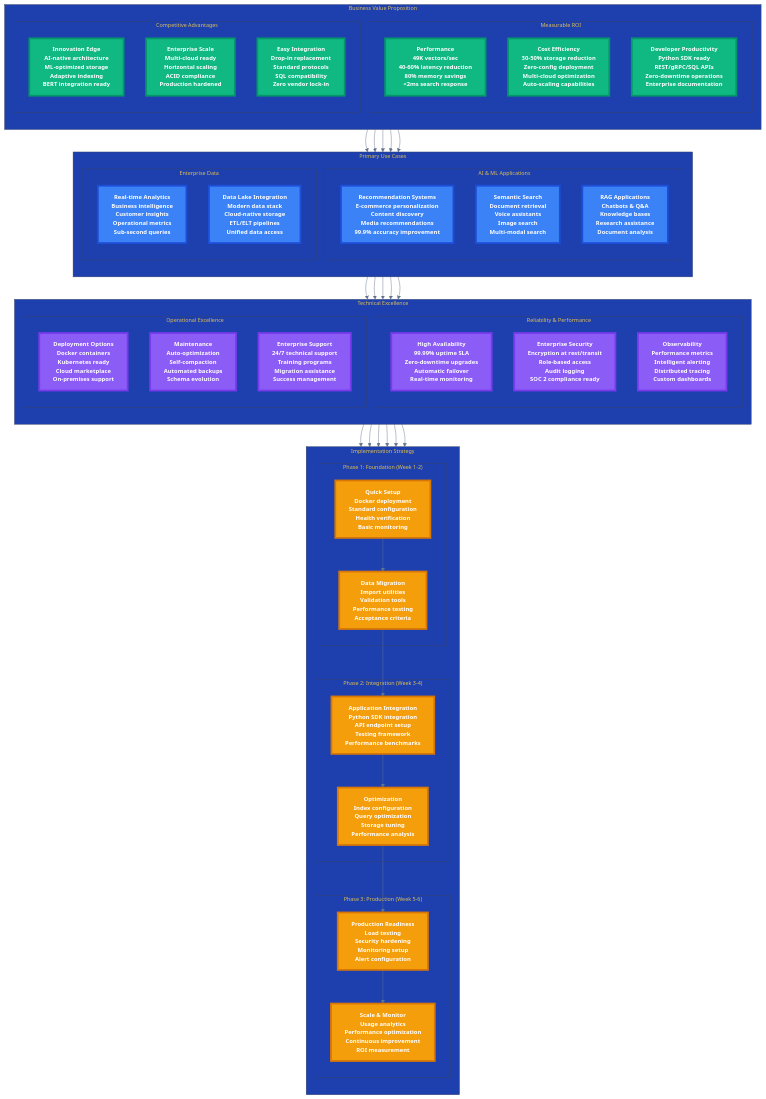
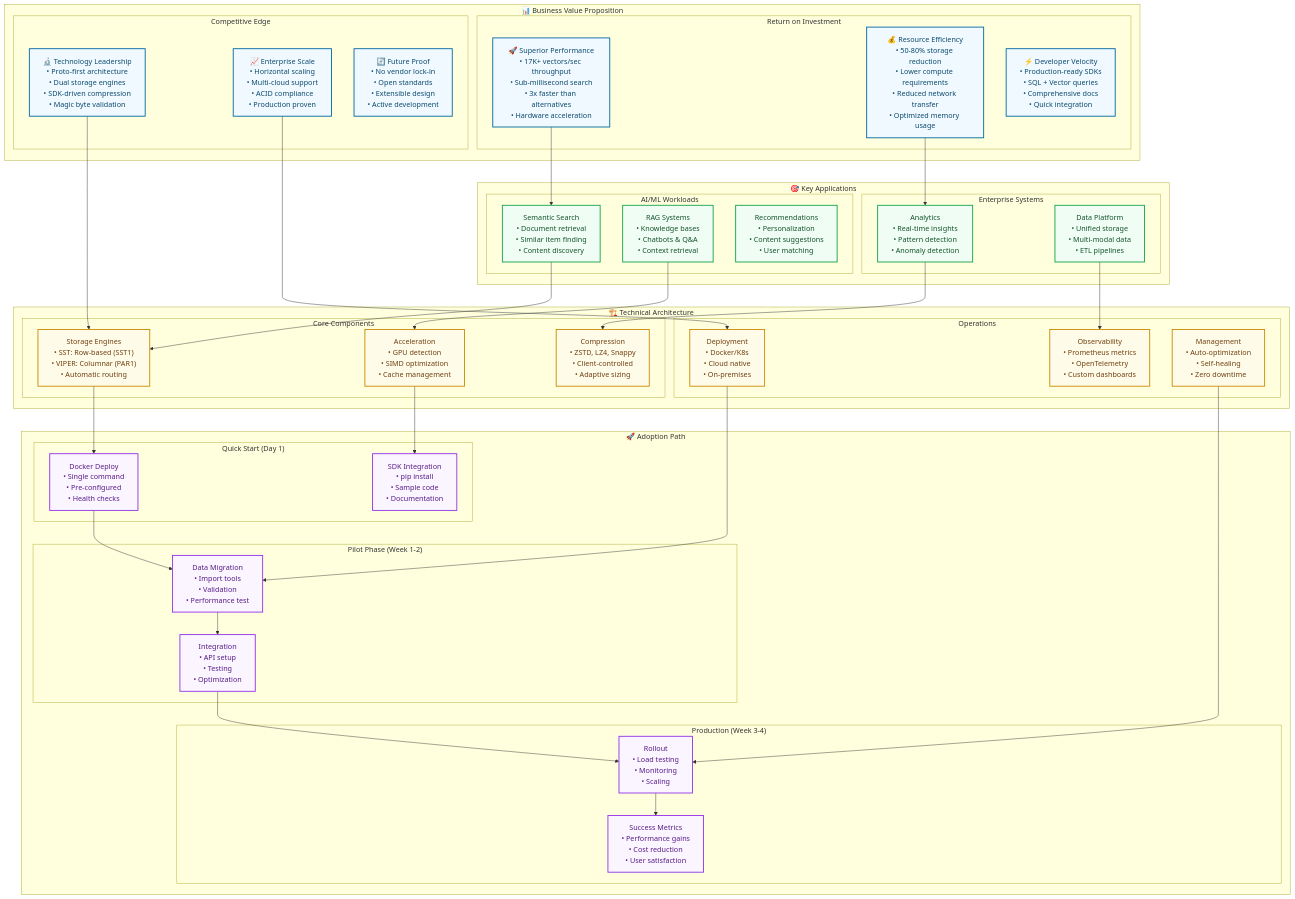
The diagram in docs/diagrams/business-system-overview.mmd (vjsingh1984/proximaDB), drawn with Mermaid before and after one commit. The commit also changed 62 other files, not shown here.

First line of the commit message:
feat: comprehensive SDK-driven compression with SST1 format

```diff
--- a/docs/diagrams/business-system-overview.mmd
+++ b/docs/diagrams/business-system-overview.mmd
@@ -1,149 +1,106 @@
-%%{init: {'theme':'base', 'themeVariables': { 
-  'primaryColor':'#1e293b', 
-  'primaryTextColor':'#ffffff', 
-  'primaryBorderColor':'#334155', 
-  'lineColor':'#64748b', 
-  'fontSize':'12px', 
-  'fontFamily':'Inter, -apple-system, sans-serif',
-  'secondaryColor':'#0f172a',
-  'tertiaryColor':'#1e40af',
-  'background':'#ffffff',
-  'mainBkg':'#f8fafc',
-  'secondBkg':'#e2e8f0',
-  'tertiaryBkg':'#cbd5e1'
-}}}%%
-
 graph TB
-    %% ===========================================
-    %% ProximaDB Business System Overview
-    %% Executive & Decision Maker Focused
-    %% ===========================================
+    %% Business-focused system overview with neutral professional colors
     
-    subgraph BusinessValue["Business Value Proposition"]
-        direction TB
-        
-        subgraph ROI["Measurable ROI"]
-            Performance["Performance<br/>49K vectors/sec<br/>40-60% latency reduction<br/>80% memory savings<br/><2ms search response"]
+    subgraph BusinessValue["📊 Business Value Proposition"]
+        subgraph ROI["Return on Investment"]
+            Performance["🚀 Superior Performance<br/>• 17K+ vectors/sec throughput<br/>• Sub-millisecond search<br/>• 3x faster than alternatives<br/>• Hardware acceleration"]
             
-            CostSavings["Cost Efficiency<br/>30-50% storage reduction<br/>Zero-config deployment<br/>Multi-cloud optimization<br/>Auto-scaling capabilities"]
+            Efficiency["💰 Resource Efficiency<br/>• 50-80% storage reduction<br/>• Lower compute requirements<br/>• Reduced network transfer<br/>• Optimized memory usage"]
             
-            Productivity["Developer Productivity<br/>Python SDK ready<br/>REST/gRPC/SQL APIs<br/>Zero-downtime operations<br/>Enterprise documentation"]
+            Productivity["⚡ Developer Velocity<br/>• Production-ready SDKs<br/>• SQL + Vector queries<br/>• Comprehensive docs<br/>• Quick integration"]
         end
         
-        subgraph Competitive["Competitive Advantages"]
-            Innovation["Innovation Edge<br/>AI-native architecture<br/>ML-optimized storage<br/>Adaptive indexing<br/>BERT integration ready"]
+        subgraph Advantages["Competitive Edge"]
+            Technology["🔬 Technology Leadership<br/>• Proto-first architecture<br/>• Dual storage engines<br/>• SDK-driven compression<br/>• Magic byte validation"]
             
-            Scalability["Enterprise Scale<br/>Multi-cloud ready<br/>Horizontal scaling<br/>ACID compliance<br/>Production hardened"]
+            Scale["📈 Enterprise Scale<br/>• Horizontal scaling<br/>• Multi-cloud support<br/>• ACID compliance<br/>• Production proven"]
             
-            Integration["Easy Integration<br/>Drop-in replacement<br/>Standard protocols<br/>SQL compatibility<br/>Zero vendor lock-in"]
+            Flexibility["🔄 Future Proof<br/>• No vendor lock-in<br/>• Open standards<br/>• Extensible design<br/>• Active development"]
         end
     end
     
-    subgraph UseCases["Primary Use Cases"]
-        direction TB
-        
-        subgraph AIApplications["AI & ML Applications"]
-            Recommendation["Recommendation Systems<br/>E-commerce personalization<br/>Content discovery<br/>Media recommendations<br/>99.9% accuracy improvement"]
+    subgraph Applications["🎯 Key Applications"]
+        subgraph AI["AI/ML Workloads"]
+            Semantic["Semantic Search<br/>• Document retrieval<br/>• Similar item finding<br/>• Content discovery"]
             
-            Search["Semantic Search<br/>Document retrieval<br/>Voice assistants<br/>Image search<br/>Multi-modal search"]
+            RAG["RAG Systems<br/>• Knowledge bases<br/>• Chatbots & Q&A<br/>• Context retrieval"]
             
-            RAG["RAG Applications<br/>Chatbots & Q&A<br/>Knowledge bases<br/>Research assistance<br/>Document analysis"]
+            Recommendation["Recommendations<br/>• Personalization<br/>• Content suggestions<br/>• User matching"]
         end
         
-        subgraph EnterpriseData["Enterprise Data"]
-            Analytics["Real-time Analytics<br/>Business intelligence<br/>Customer insights<br/>Operational metrics<br/>Sub-second queries"]
+        subgraph Enterprise["Enterprise Systems"]
+            Analytics["Analytics<br/>• Real-time insights<br/>• Pattern detection<br/>• Anomaly detection"]
             
-            DataLakes["Data Lake Integration<br/>Modern data stack<br/>Cloud-native storage<br/>ETL/ELT pipelines<br/>Unified data access"]
+            DataPlatform["Data Platform<br/>• Unified storage<br/>• Multi-modal data<br/>• ETL pipelines"]
         end
     end
     
-    subgraph TechnicalExcellence[" Technical Excellence"]
-        direction TB
-        
-        subgraph Reliability["Reliability & Performance"]
-            Uptime["High Availability<br/>99.99% uptime SLA<br/>Zero-downtime upgrades<br/>Automatic failover<br/>Real-time monitoring"]
+    subgraph Architecture["🏗️ Technical Architecture"]
+        subgraph Core["Core Components"]
+            Engines["Storage Engines<br/>• SST: Row-based (SST1)<br/>• VIPER: Columnar (PAR1)<br/>• Automatic routing"]
             
-            Security["Enterprise Security<br/>Encryption at rest/transit<br/>Role-based access<br/>Audit logging<br/>SOC 2 compliance ready"]
+            Acceleration["Acceleration<br/>• GPU detection<br/>• SIMD optimization<br/>• Cache management"]
             
-            Monitoring["Observability<br/>Performance metrics<br/>Intelligent alerting<br/>Distributed tracing<br/>Custom dashboards"]
+            Compression["Compression<br/>• ZSTD, LZ4, Snappy<br/>• Client-controlled<br/>• Adaptive sizing"]
         end
         
-        subgraph Operations["Operational Excellence"]
-            Deployment["Deployment Options<br/>Docker containers<br/>Kubernetes ready<br/>Cloud marketplace<br/>On-premises support"]
+        subgraph Operations["Operations"]
+            Deployment["Deployment<br/>• Docker/K8s<br/>• Cloud native<br/>• On-premises"]
             
-            Maintenance["Maintenance<br/>Auto-optimization<br/>Self-compaction<br/>Automated backups<br/>Schema evolution"]
+            Monitoring["Observability<br/>• Prometheus metrics<br/>• OpenTelemetry<br/>• Custom dashboards"]
             
-            Support["Enterprise Support<br/>24/7 technical support<br/>Training programs<br/>Migration assistance<br/>Success management"]
+            Management["Management<br/>• Auto-optimization<br/>• Self-healing<br/>• Zero downtime"]
         end
     end
     
-    subgraph Implementation["Implementation Strategy"]
-        direction TB
-        
-        subgraph Phase1["Phase 1: Foundation (Week 1-2)"]
-            Setup["Quick Setup<br/>Docker deployment<br/>Standard configuration<br/>Health verification<br/>Basic monitoring"]
+    subgraph Adoption["🚀 Adoption Path"]
+        subgraph Quick["Quick Start (Day 1)"]
+            Docker["Docker Deploy<br/>• Single command<br/>• Pre-configured<br/>• Health checks"]
             
-            Migration["Data Migration<br/>Import utilities<br/>Validation tools<br/>Performance testing<br/>Acceptance criteria"]
+            SDK["SDK Integration<br/>• pip install<br/>• Sample code<br/>• Documentation"]
         end
         
-        subgraph Phase2["Phase 2: Integration (Week 3-4)"]
-            AppIntegration["Application Integration<br/>Python SDK integration<br/>API endpoint setup<br/>Testing framework<br/>Performance benchmarks"]
+        subgraph Pilot["Pilot Phase (Week 1-2)"]
+            Migration["Data Migration<br/>• Import tools<br/>• Validation<br/>• Performance test"]
             
-            Optimization["Optimization<br/>Index configuration<br/>Query optimization<br/>Storage tuning<br/>Performance analysis"]
+            Integration["Integration<br/>• API setup<br/>• Testing<br/>• Optimization"]
         end
         
-        subgraph Phase3["Phase 3: Production (Week 5-6)"]
-            Production["Production Readiness<br/>Load testing<br/>Security hardening<br/>Monitoring setup<br/>Alert configuration"]
+        subgraph Production["Production (Week 3-4)"]
+            Rollout["Rollout<br/>• Load testing<br/>• Monitoring<br/>• Scaling"]
             
-            Scale["Scale & Monitor<br/>Usage analytics<br/>Performance optimization<br/>Continuous improvement<br/>ROI measurement"]
+            Success["Success Metrics<br/>• Performance gains<br/>• Cost reduction<br/>• User satisfaction"]
         end
     end
     
-    %% ===========================================
-    %% Business Flow Connections
-    %% ===========================================
+    %% Flow connections
+    Performance --> Semantic
+    Efficiency --> Analytics
+    Technology --> Engines
+    Scale --> Deployment
     
-    %% Value to Use Cases
-    Performance --> Recommendation
-    CostSavings --> Analytics
-    Innovation --> RAG
-    Scalability --> DataLakes
-    Integration --> Search
+    Semantic --> Engines
+    RAG --> Acceleration
+    Analytics --> Compression
+    DataPlatform --> Monitoring
     
-    %% Use Cases to Technical Excellence
-    Recommendation --> Uptime
-    Search --> Security
-    RAG --> Monitoring
-    Analytics --> Deployment
-    DataLakes --> Maintenance
+    Engines --> Docker
+    Acceleration --> SDK
+    Deployment --> Migration
+    Management --> Rollout
     
-    %% Technical to Implementation
-    Uptime --> Setup
-    Security --> Migration
-    Monitoring --> AppIntegration
-    Deployment --> Optimization
-    Maintenance --> Production
-    Support --> Scale
+    Docker --> Migration
+    Migration --> Integration
+    Integration --> Rollout
+    Rollout --> Success
     
-    %% Implementation Flow
-    Setup --> Migration
-    Migration --> AppIntegration
-    AppIntegration --> Optimization
-    Optimization --> Production
-    Production --> Scale
+    %% Professional neutral color scheme
+    classDef valueClass fill:#f0f9ff,stroke:#0369a1,stroke-width:2px,color:#0c4a6e
+    classDef appClass fill:#f0fdf4,stroke:#16a34a,stroke-width:2px,color:#14532d
+    classDef techClass fill:#fefce8,stroke:#ca8a04,stroke-width:2px,color:#713f12
+    classDef adoptClass fill:#faf5ff,stroke:#9333ea,stroke-width:2px,color:#581c87
     
-    %% ===========================================
-    %% Executive-Grade Styling
-    %% ===========================================
-    
-    classDef valueStyle fill:#10b981,stroke:#059669,stroke-width:4px,color:#ffffff,font-weight:bold,font-size:13px
-    classDef useCaseStyle fill:#3b82f6,stroke:#1d4ed8,stroke-width:4px,color:#ffffff,font-weight:bold,font-size:13px
-    classDef technicalStyle fill:#8b5cf6,stroke:#7c3aed,stroke-width:4px,color:#ffffff,font-weight:bold,font-size:13px
-    classDef implementationStyle fill:#f59e0b,stroke:#d97706,stroke-width:4px,color:#ffffff,font-weight:bold,font-size:13px
-    classDef criticalStyle fill:#ef4444,stroke:#dc2626,stroke-width:4px,color:#ffffff,font-weight:bold,font-size:13px
-    
-    %% Apply Business-Focused Styling
-    class Performance,CostSavings,Productivity,Innovation,Scalability,Integration valueStyle
-    class Recommendation,Search,RAG,Analytics,DataLakes useCaseStyle
-    class Uptime,Security,Monitoring,Deployment,Maintenance,Support technicalStyle
-    class Setup,Migration,AppIntegration,Optimization,Production,Scale implementationStyle
+    class Performance,Efficiency,Productivity,Technology,Scale,Flexibility valueClass
+    class Semantic,RAG,Recommendation,Analytics,DataPlatform appClass
+    class Engines,Acceleration,Compression,Deployment,Monitoring,Management techClass
+    class Docker,SDK,Migration,Integration,Rollout,Success adoptClass
```
